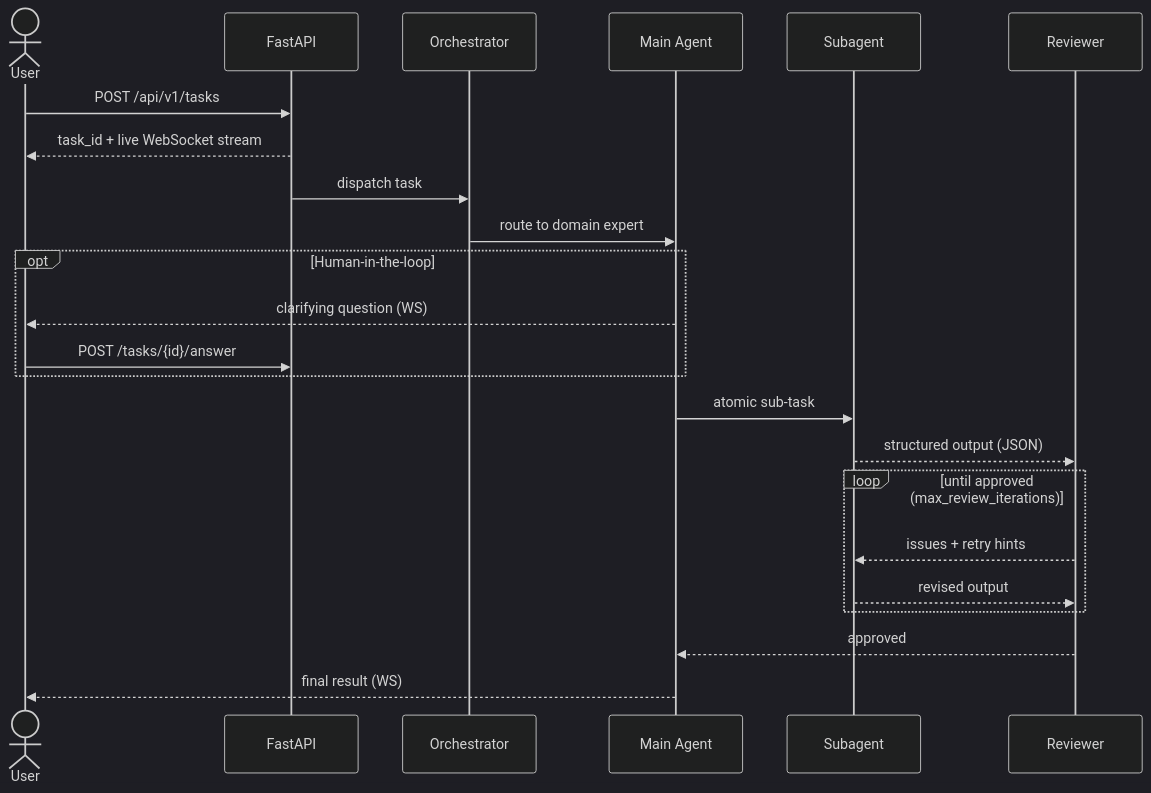
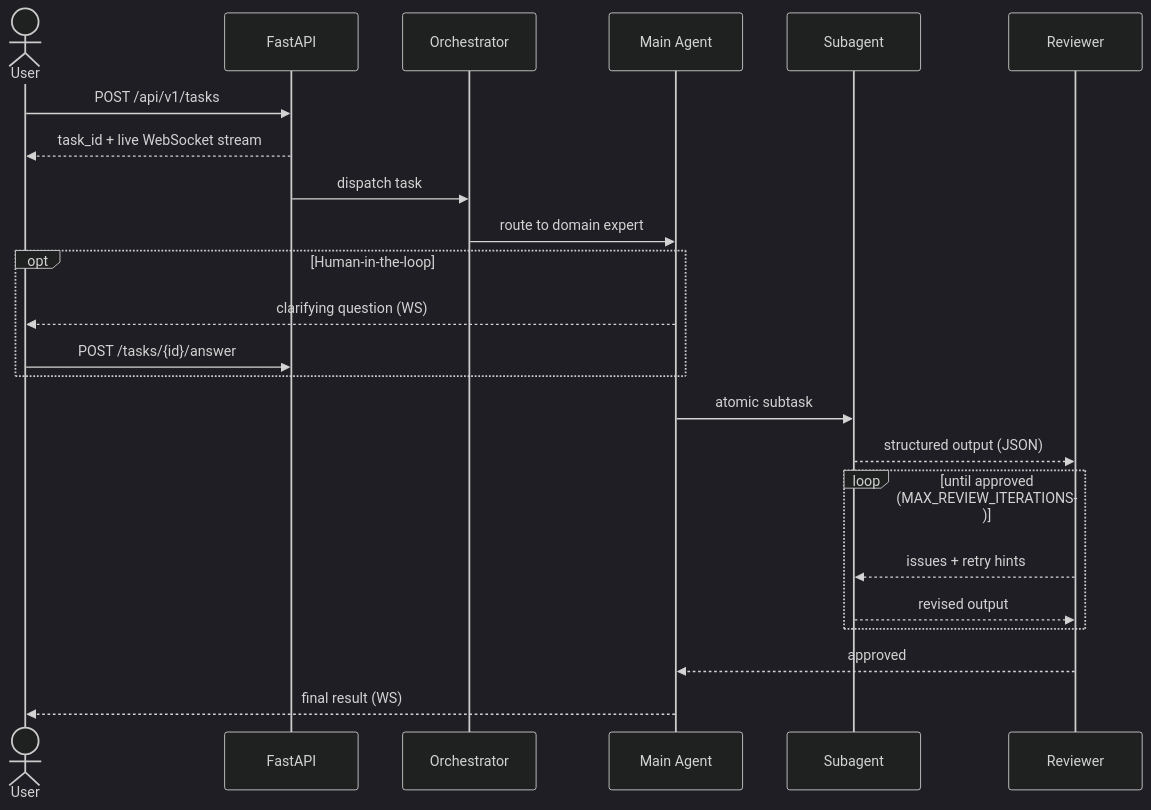
The second of 3 diagrams in README.md (Yigtwxx/Maestro), drawn with Mermaid (dark theme) before and after one commit. The commit also changed other lines of this file, not shown here.

````diff
--- a/README.md
+++ b/README.md
@@ -96,26 +79,26 @@
 ```mermaid
 sequenceDiagram
     actor User
     participant API as FastAPI
     participant ORC as Orchestrator
     participant MAIN as Main Agent
     participant SUB as Subagent
     participant REV as Reviewer
 
     User->>API: POST /api/v1/tasks
     API-->>User: task_id + live WebSocket stream
     API->>ORC: dispatch task
     ORC->>MAIN: route to domain expert
     opt Human-in-the-loop
         MAIN-->>User: clarifying question (WS)
         User->>API: POST /tasks/{id}/answer
     end
-    MAIN->>SUB: atomic sub-task
+    MAIN->>SUB: atomic subtask
     SUB-->>REV: structured output (JSON)
-    loop until approved (max_review_iterations)
+    loop until approved (MAX_REVIEW_ITERATIONS)
         REV-->>SUB: issues + retry hints
         SUB-->>REV: revised output
     end
     REV-->>MAIN: approved
     MAIN-->>User: final result (WS)
 ```
````
